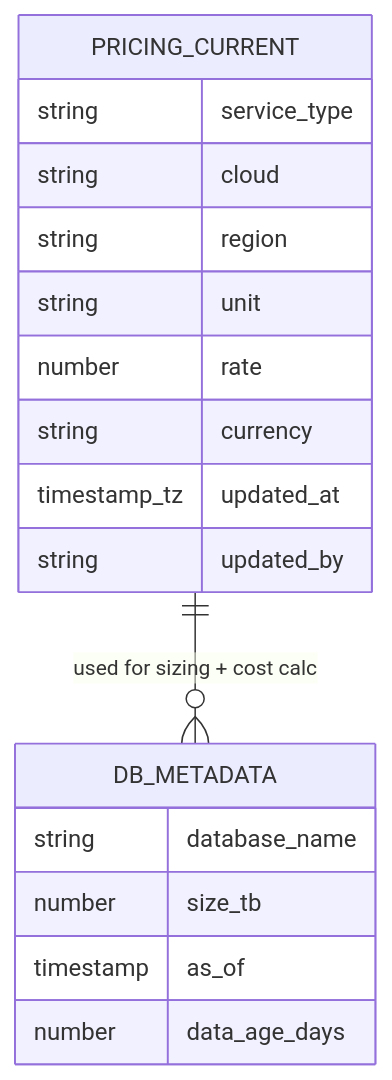
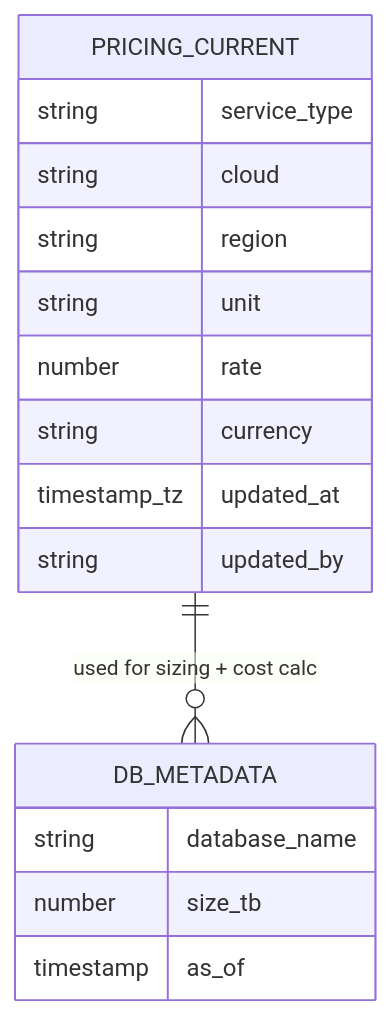
Before and after one commit to sfc-gh-miwhitaker/replicatethis: the diagram in diagrams/data-model.md, drawn with Mermaid. The commit also changed other lines of this file and 11 other files, not shown here.

````diff
--- a/diagrams/data-model.md
+++ b/diagrams/data-model.md
@@ -14,21 +14,20 @@
 ```mermaid
 erDiagram
   PRICING_CURRENT {
     string service_type
     string cloud
     string region
     string unit
     number rate
     string currency
     timestamp_tz updated_at
     string updated_by
   }
   DB_METADATA {
     string database_name
     number size_tb
     timestamp as_of
-    number data_age_days
   }
 
   PRICING_CURRENT ||--o{ DB_METADATA : "used for sizing + cost calc"
 ```
````
